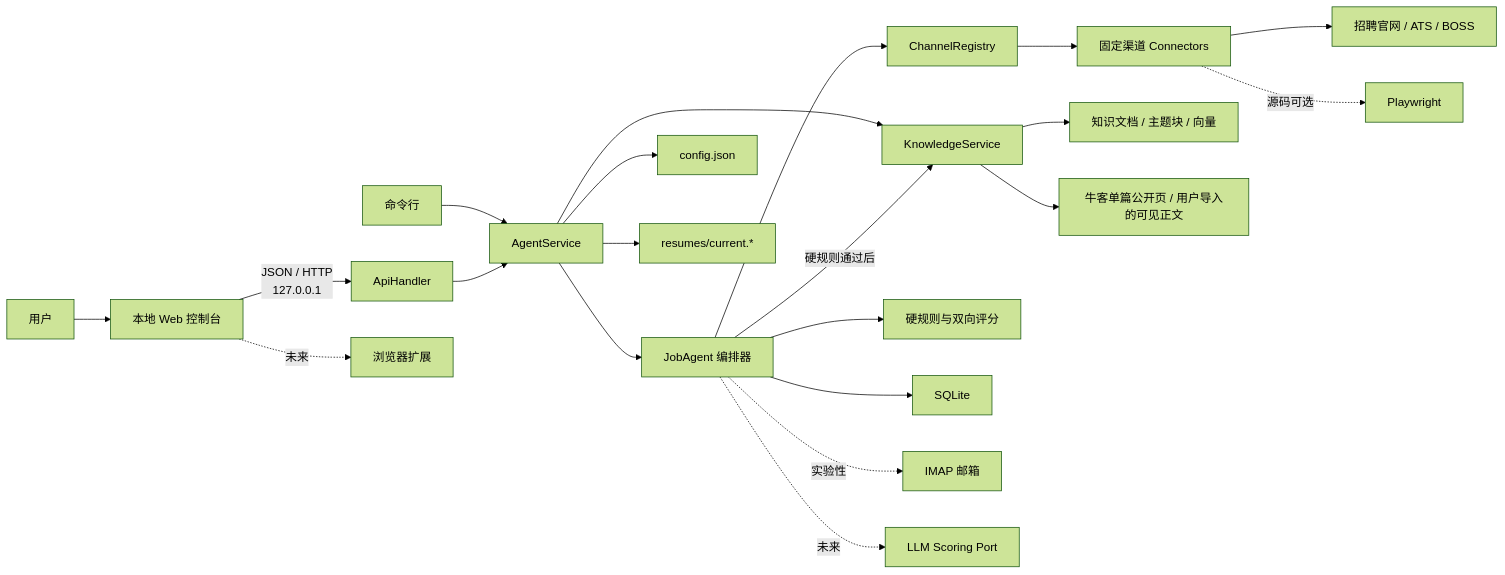
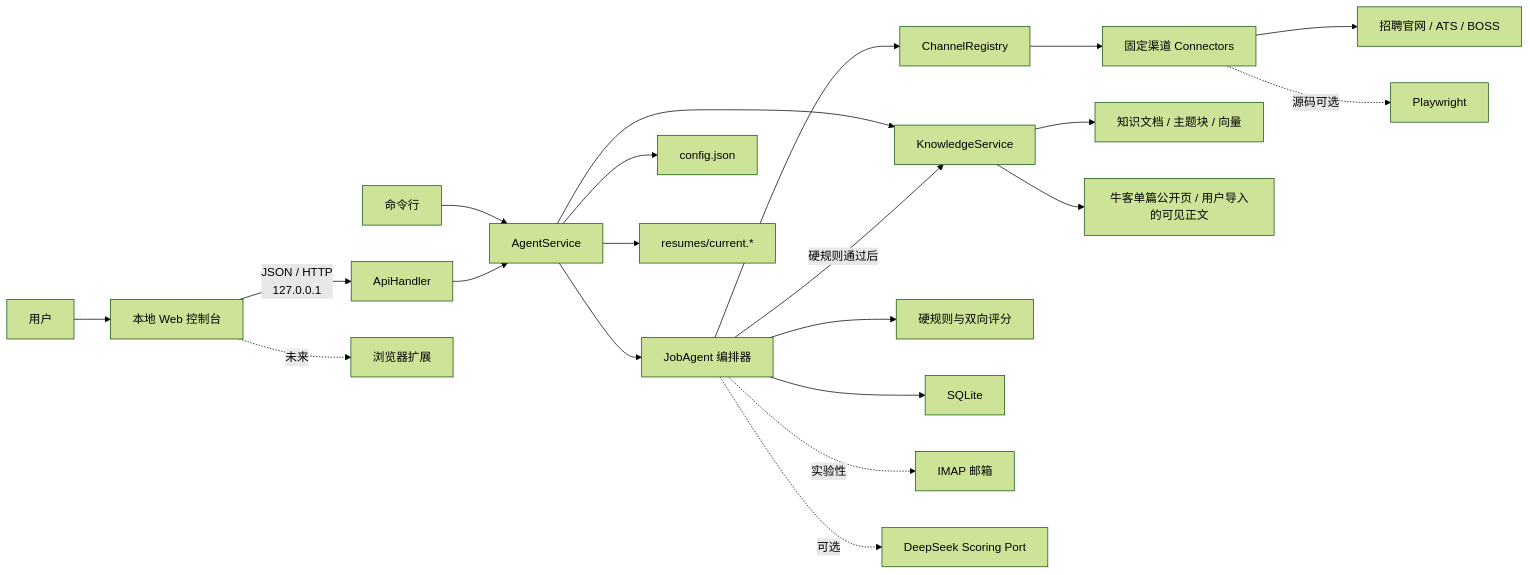
Before and after one commit to dailaor/job-agent: the first of 7 diagrams in docs/ARCHITECTURE.md, drawn with Mermaid (forest theme). The commit also changed other lines of this file and 31 other files, not shown here.

````diff
--- a/docs/ARCHITECTURE.md
+++ b/docs/ARCHITECTURE.md
@@ -35,23 +38,23 @@
 ```mermaid
 flowchart LR
     U["用户"] --> UI["本地 Web 控制台"]
     UI -->|"JSON / HTTP\n127.0.0.1"| API["ApiHandler"]
     CLI["命令行"] --> SVC["AgentService"]
     API --> SVC
     SVC --> AGENT["JobAgent 编排器"]
     SVC --> KNOW["KnowledgeService"]
     SVC --> CFG["config.json"]
     SVC --> RESUME["resumes/current.*"]
     AGENT --> REG["ChannelRegistry"]
     REG --> CONN["固定渠道 Connectors"]
     CONN --> PORTALS["招聘官网 / ATS / BOSS"]
     KNOW --> KDB["知识文档 / 主题块 / 向量"]
     KNOW --> POSTS["牛客单篇公开页 / 用户导入的可见正文"]
     AGENT --> MATCH["硬规则与双向评分"]
     AGENT -->|"硬规则通过后"| KNOW
     AGENT --> DB["SQLite"]
     AGENT -. "实验性" .-> MAIL["IMAP 邮箱"]
     CONN -. "源码可选" .-> PW["Playwright"]
     UI -. "未来" .-> EXT["浏览器扩展"]
-    AGENT -. "未来" .-> LLM["LLM Scoring Port"]
+    AGENT -. "可选" .-> LLM["DeepSeek Scoring Port"]
 ```
````
